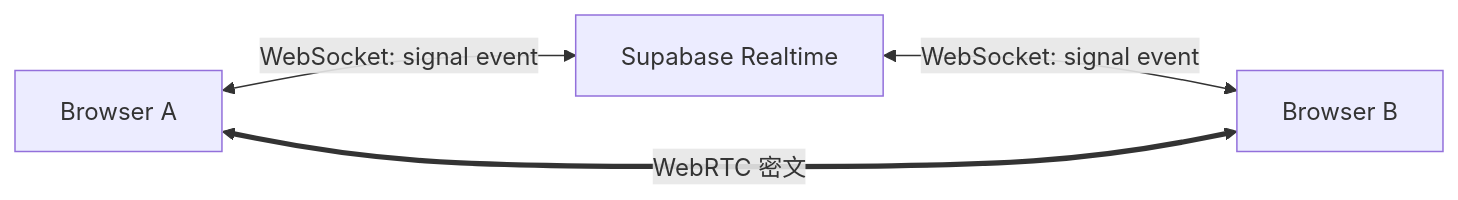
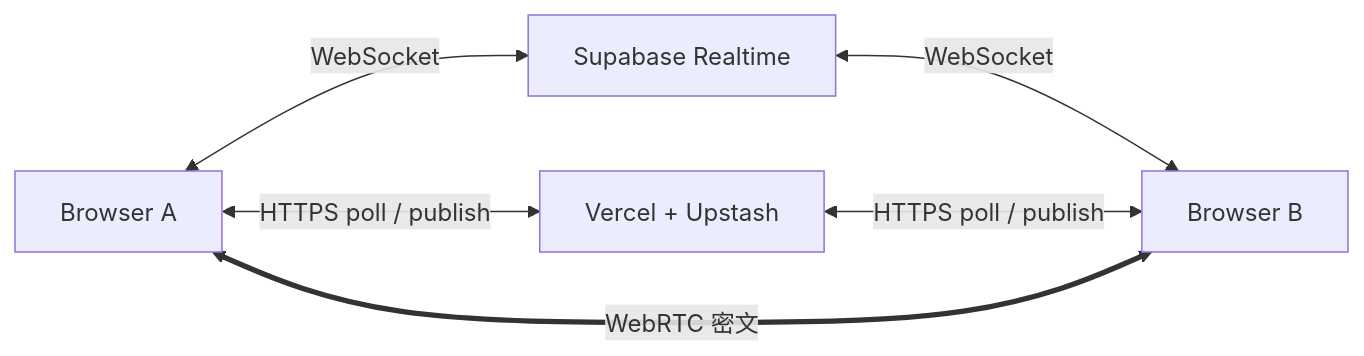
The third of 6 diagrams in docs/network-and-deployment.md (MarcWebber/p2p-chat), drawn with Mermaid before and after one commit. The commit also changed other lines of this file and 12 other files, not shown here.

Commit message:
docs: refresh final architecture and remove stale history

````diff
--- a/docs/network-and-deployment.md
+++ b/docs/network-and-deployment.md
@@ -96,6 +96,8 @@
 ```mermaid
 flowchart LR
-  A["Browser A"] <-->|"WebSocket: signal event"| S["Supabase Realtime"]
-  S <-->|"WebSocket: signal event"| B["Browser B"]
+  A["Browser A"] <-->|"WebSocket"| S["Supabase Realtime"]
+  S <-->|"WebSocket"| B["Browser B"]
+  A <-->|"HTTPS poll / publish"| H["Vercel + Upstash"]
+  H <-->|"HTTPS poll / publish"| B
   A <==>|"WebRTC 密文"| B
 ```
````
